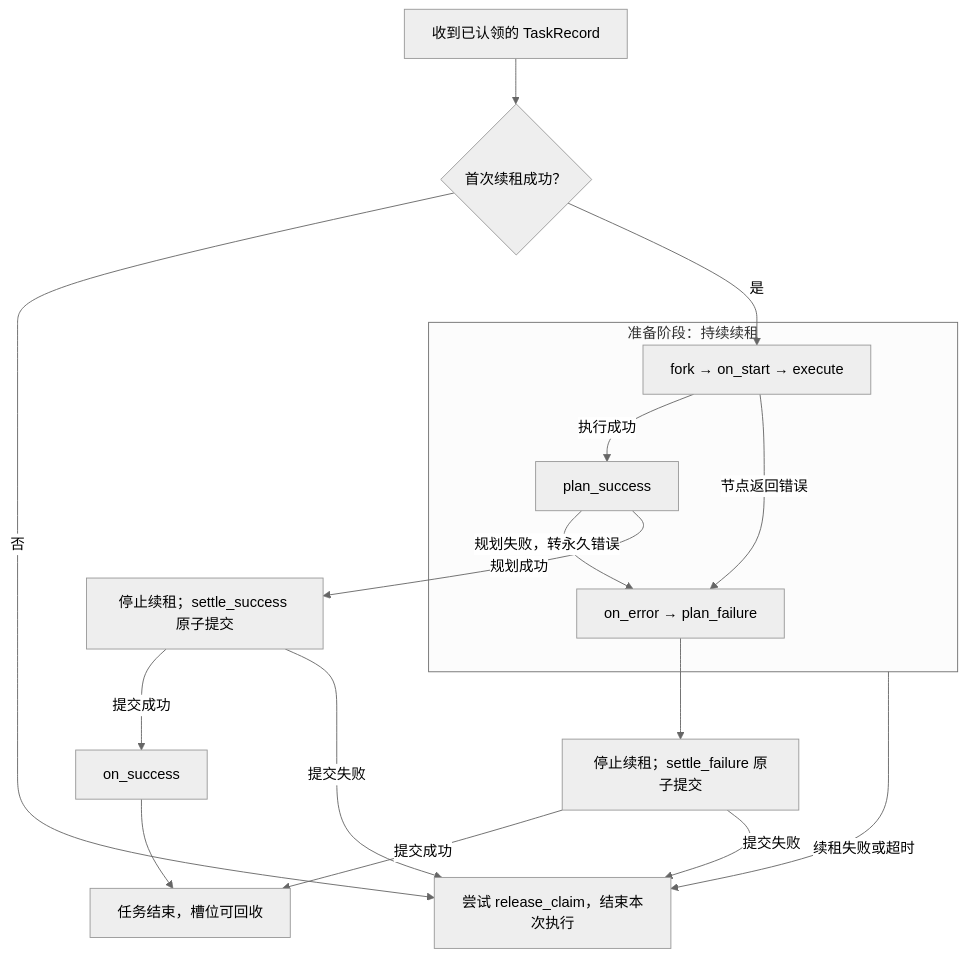
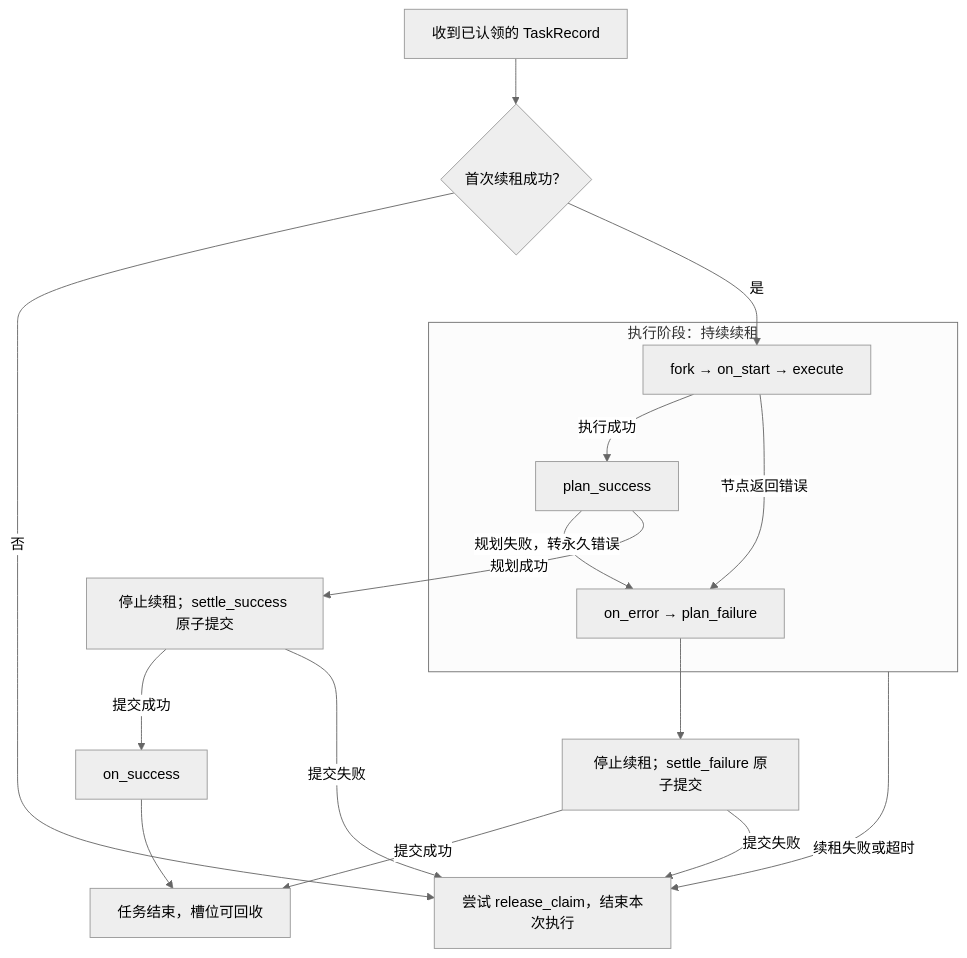
Before and after one commit to lzcers/workflow-engine: the second of 2 diagrams in docs/scheduler-design.md, drawn with Mermaid (neutral theme). The commit also changed other lines of this file and 7 other files, not shown here.

````diff
--- a/docs/scheduler-design.md
+++ b/docs/scheduler-design.md
@@ -110,20 +111,20 @@
 ```mermaid
 flowchart TD
     Claim["收到已认领的 TaskRecord"] --> Renew{"首次续租成功？"}
     Renew -- 否 --> Release["尝试 release_claim，结束本次执行"]
-    Renew -- 是 --> Prepare
-    subgraph Preparing["准备阶段：持续续租"]
-        Prepare["fork → on_start → execute"]
-        Prepare -- "执行成功" --> PlanSuccess["plan_success"]
-        Prepare -- "节点返回错误" --> OnError["on_error → plan_failure"]
+    Renew -- 是 --> Execute
+    subgraph Executing["执行阶段：持续续租"]
+        Execute["fork → on_start → execute"]
+        Execute -- "执行成功" --> PlanSuccess["plan_success"]
+        Execute -- "节点返回错误" --> OnError["on_error → plan_failure"]
         PlanSuccess -- "规划失败，转永久错误" --> OnError
     end
     PlanSuccess -- "规划成功" --> Success["停止续租；settle_success 原子提交"]
     OnError --> Failure["停止续租；settle_failure 原子提交"]
     Success -- "提交成功" --> Callback["on_success"]
     Callback --> Done["任务结束，槽位可回收"]
     Failure -- "提交成功" --> Done
-    Preparing -- "续租失败或超时" --> Release
+    Executing -- "续租失败或超时" --> Release
     Success -- "提交失败" --> Release
     Failure -- "提交失败" --> Release
 ```
````
